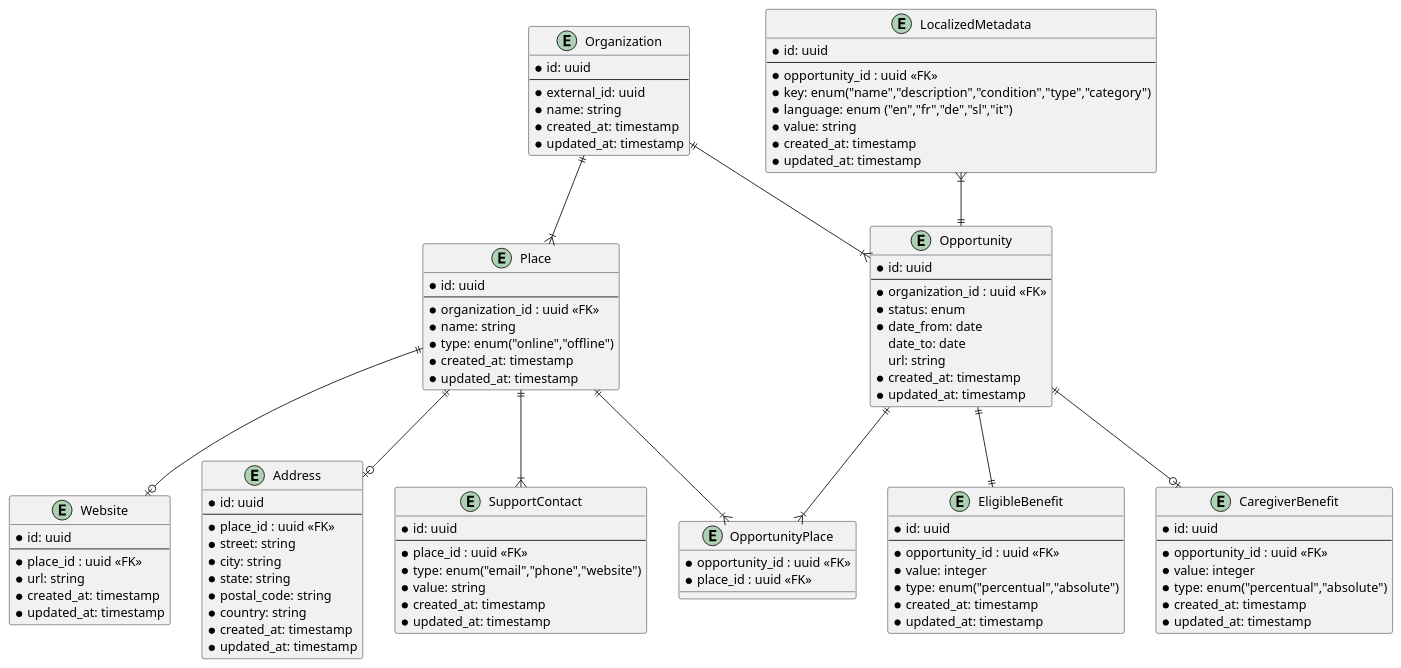
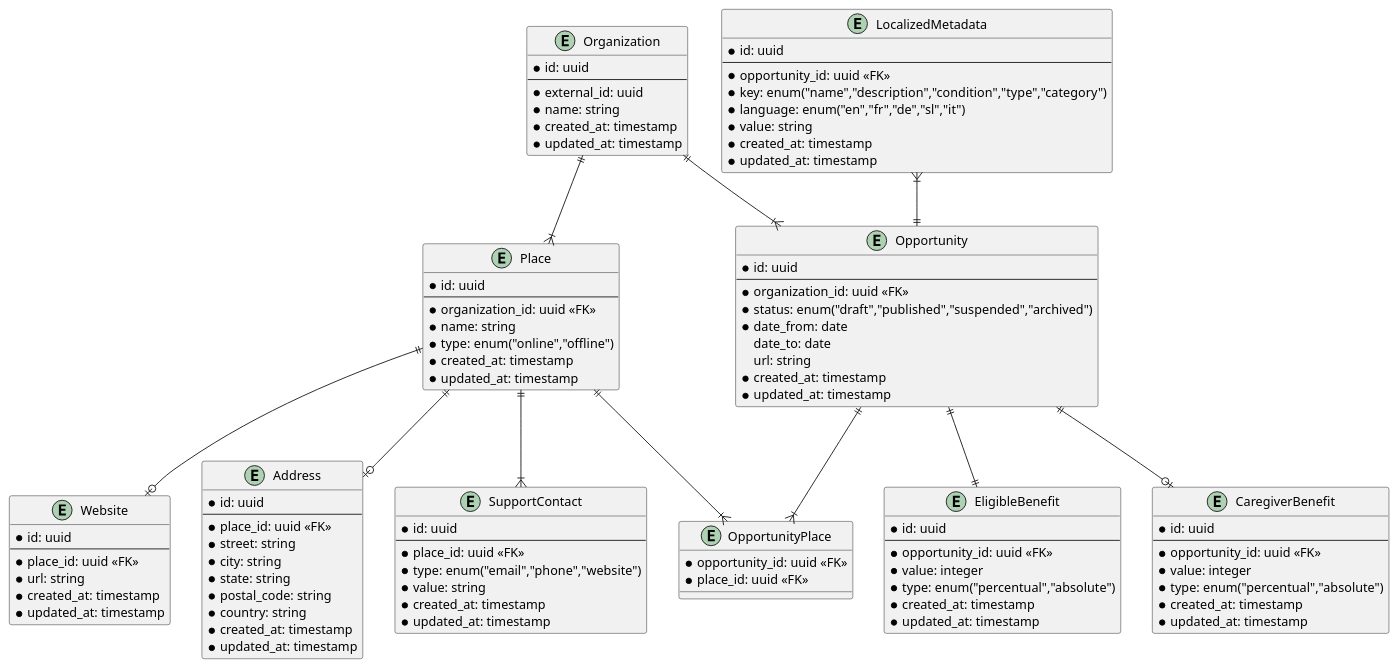
One commit to pagopa/io-growth changed the diagram in docs/backoffice/er.puml. Above: the diagram before and after it, drawn with PlantUML.

Commit message:
(doc): fixes from review

```diff
--- a/docs/backoffice/er.puml
+++ b/docs/backoffice/er.puml
@@ -1,113 +1,113 @@
-@startuml er diagram
+@startuml ced_er_diagram
 
 entity Organization {
     * id: uuid
     --
     * external_id: uuid
     * name: string
     * created_at: timestamp
     * updated_at: timestamp
 }
 
 entity Place {
     * id: uuid
     --
-    * organization_id : uuid <<FK>>
+    * organization_id: uuid <<FK>>
     * name: string
     * type: enum("online","offline")
     * created_at: timestamp
     * updated_at: timestamp
 }
 
 entity Website {
     * id: uuid
     --
-    * place_id : uuid <<FK>>
+    * place_id: uuid <<FK>>
     * url: string
     * created_at: timestamp
     * updated_at: timestamp
 }
 
 entity Address {
     * id: uuid
     --
-    * place_id : uuid <<FK>>
+    * place_id: uuid <<FK>>
     * street: string
     * city: string
     * state: string
     * postal_code: string
     * country: string
     * created_at: timestamp
     * updated_at: timestamp
 }
 
 entity SupportContact {
     * id: uuid
     --
-    * place_id : uuid <<FK>>
+    * place_id: uuid <<FK>>
     * type: enum("email","phone","website")
     * value: string
     * created_at: timestamp
     * updated_at: timestamp
 }
 
 entity OpportunityPlace {
-    * opportunity_id : uuid <<FK>>
-    * place_id : uuid <<FK>>
+    * opportunity_id: uuid <<FK>>
+    * place_id: uuid <<FK>>
 }
 
 entity Opportunity {
     * id: uuid
     --
-    * organization_id : uuid <<FK>>
-    * status: enum
+    * organization_id: uuid <<FK>>
+    * status: enum("draft","published","suspended","archived")
     * date_from: date
     date_to: date
     url: string
     * created_at: timestamp
     * updated_at: timestamp
 }
 
 entity EligibleBenefit {
     * id: uuid
     --
-    * opportunity_id : uuid <<FK>>
+    * opportunity_id: uuid <<FK>>
     * value: integer
     * type: enum("percentual","absolute")
     * created_at: timestamp
     * updated_at: timestamp
 }
 
 entity CaregiverBenefit {
     * id: uuid
     --
-    * opportunity_id : uuid <<FK>>
+    * opportunity_id: uuid <<FK>>
     * value: integer
     * type: enum("percentual","absolute")
     * created_at: timestamp
     * updated_at: timestamp
 }
 
 entity LocalizedMetadata {
     * id: uuid
     --
-    * opportunity_id : uuid <<FK>>
+    * opportunity_id: uuid <<FK>>
     * key: enum("name","description","condition","type","category")
-    * language: enum ("en","fr","de","sl","it")
+    * language: enum("en","fr","de","sl","it")
     * value: string
     * created_at: timestamp
     * updated_at: timestamp
 }
 
 Organization ||--|{ Place
 Organization ||--|{ Opportunity
 Place ||--o| Address
 Place ||--o| Website
 Place ||--|{ SupportContact
 Place ||--|{ OpportunityPlace
 Opportunity ||--|{ OpportunityPlace
 LocalizedMetadata }|--|| Opportunity
 Opportunity ||--|| EligibleBenefit
 Opportunity ||--o| CaregiverBenefit
 
 @enduml
```
